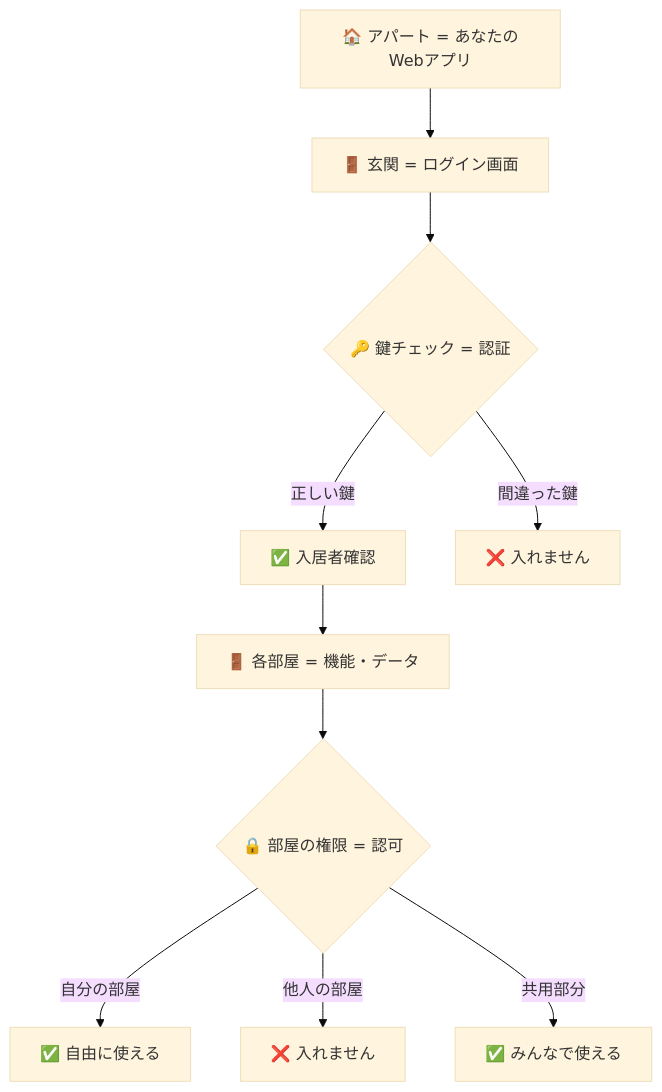
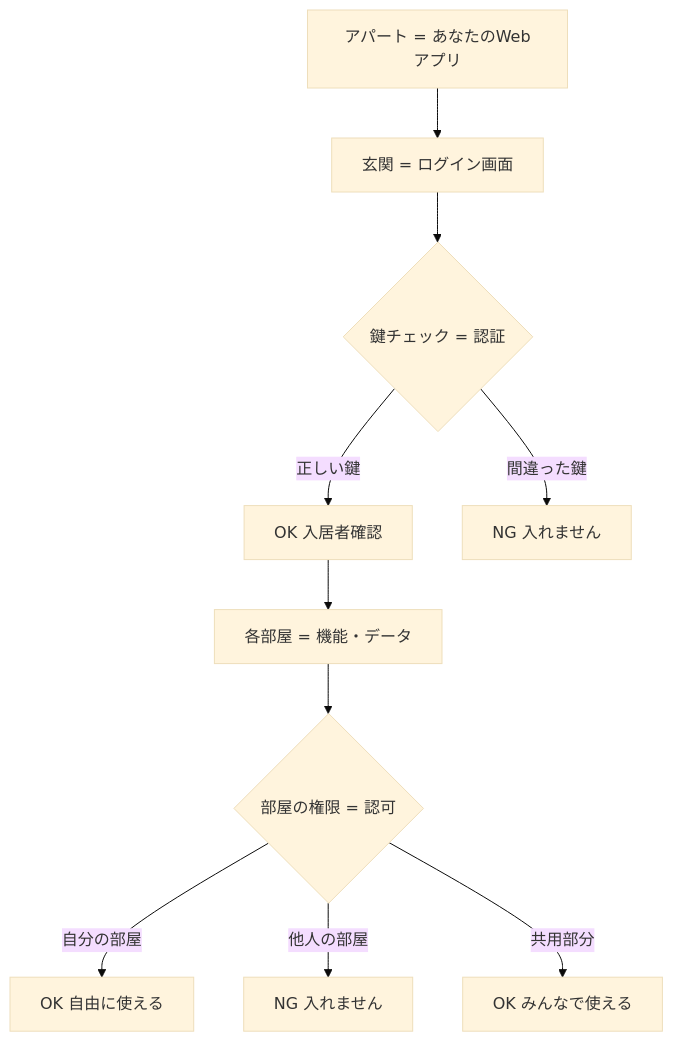
Before and after one commit to itdojp/supabase-architecture-patterns-book: the first of 2 diagrams in docs/chapters/chapter02/index.md, drawn with Mermaid (base theme). The commit also changed other lines of this file and 49 other files, not shown here.

````diff
--- a/docs/chapters/chapter02/index.md
+++ b/docs/chapters/chapter02/index.md
@@ -46,13 +46,13 @@
 ```mermaid
 flowchart TD
-    A[🏠 アパート = あなたのWebアプリ] --> B[🚪 玄関 = ログイン画面]
-    B --> C{🔑 鍵チェック = 認証}
-    C -->|正しい鍵| D[✅ 入居者確認]
-    C -->|間違った鍵| E[❌ 入れません]
+    A[ アパート = あなたのWebアプリ] --> B[ 玄関 = ログイン画面]
+    B --> C{ 鍵チェック = 認証}
+    C -->|正しい鍵| D[OK 入居者確認]
+    C -->|間違った鍵| E[NG 入れません]
     
-    D --> F[🚪 各部屋 = 機能・データ]
-    F --> G{🔒 部屋の権限 = 認可}
-    G -->|自分の部屋| H[✅ 自由に使える]
-    G -->|他人の部屋| I[❌ 入れません]
-    G -->|共用部分| J[✅ みんなで使える]
+    D --> F[ 各部屋 = 機能・データ]
+    F --> G{ 部屋の権限 = 認可}
+    G -->|自分の部屋| H[OK 自由に使える]
+    G -->|他人の部屋| I[NG 入れません]
+    G -->|共用部分| J[OK みんなで使える]
 ```
````
